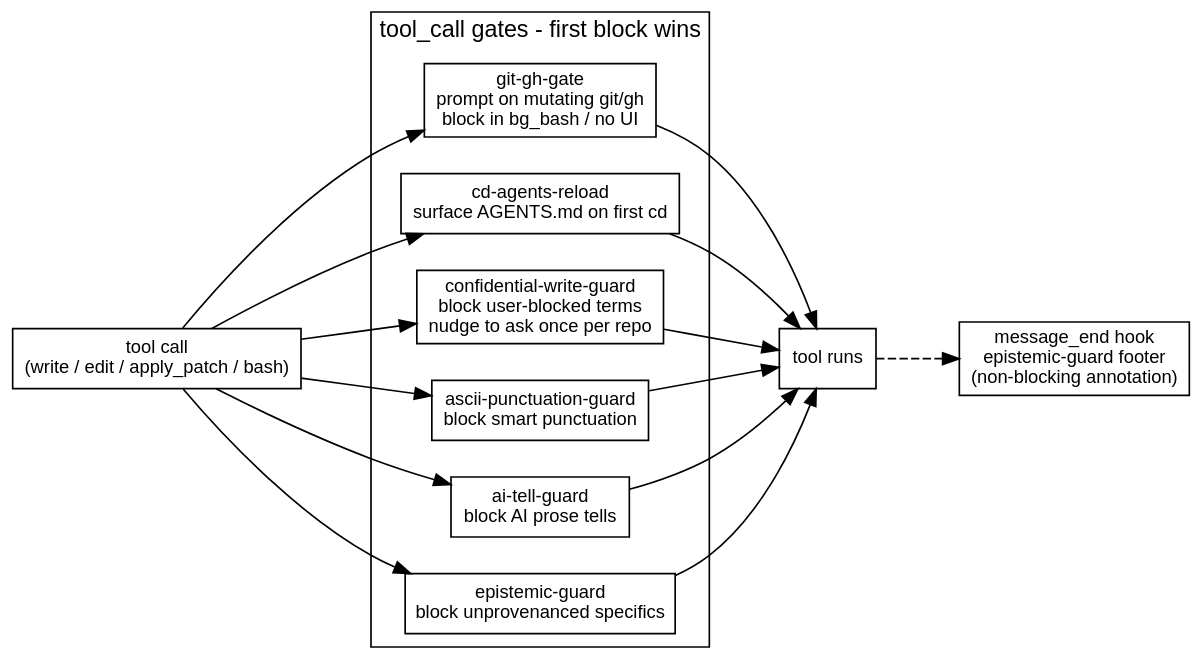
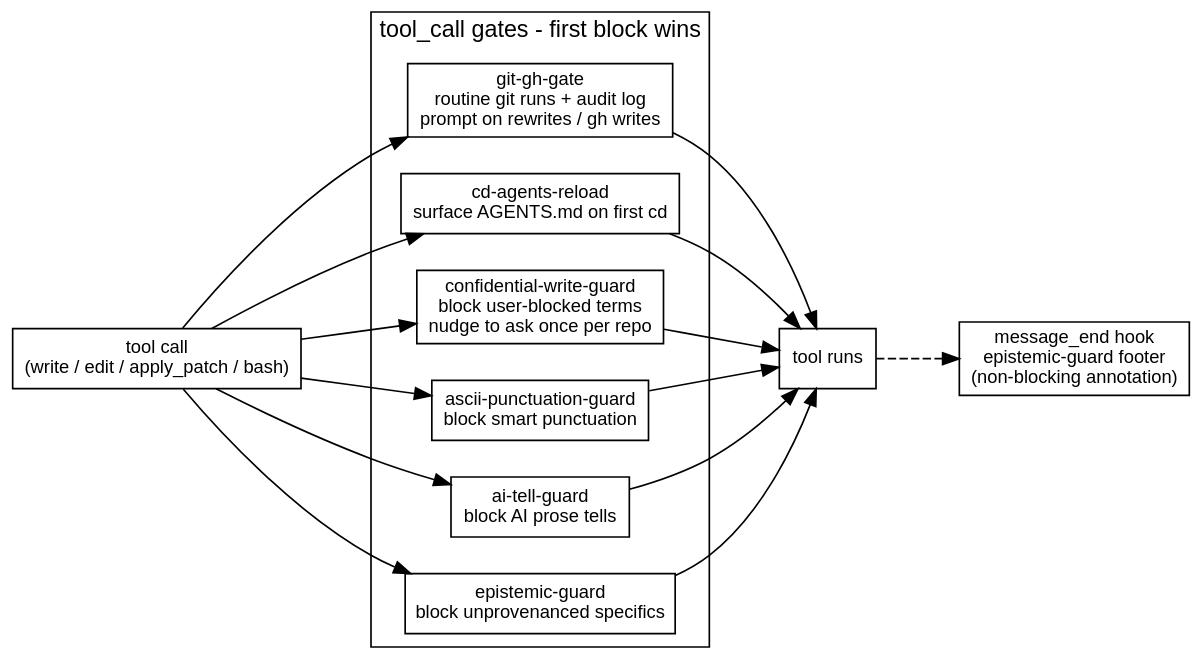
One commit to erfianugrah/lexicanum changed the diagram in src/content/docs/reference/agent-guard-extensions.mdx. Above: the diagram before and after it, drawn with Graphviz. The commit also changed other lines of this file, not shown here.

First line of the commit message:
docs(agent-guard-extensions): git-gh-gate tiers, push-time scans, cd-agents-reload append

````diff
--- a/src/content/docs/reference/agent-guard-extensions.mdx
+++ b/src/content/docs/reference/agent-guard-extensions.mdx
@@ -57,27 +58,27 @@
 ```dot
 digraph {
   rankdir=LR; bgcolor="transparent"; nodesep=0.3; ranksep=0.7;
   fontname="Helvetica,Arial,sans-serif";
   node [fontname="Helvetica,Arial,sans-serif", fontsize=11, shape=box];
   edge [fontname="Helvetica,Arial,sans-serif", fontsize=9];
 
   call [label="tool call\n(write / edit / apply_patch / bash)"];
   subgraph cluster_guards {
     label="tool_call gates - first block wins";
-    gitgh [label="git-gh-gate\nprompt on mutating git/gh\nblock in bg_bash / no UI"];
+    gitgh [label="git-gh-gate\nroutine git runs + audit log\nprompt on rewrites / gh writes"];
     cdreload [label="cd-agents-reload\nsurface AGENTS.md on first cd"];
     confidential [label="confidential-write-guard\nblock user-blocked terms\nnudge to ask once per repo"];
     ascii [label="ascii-punctuation-guard\nblock smart punctuation"];
     aitell [label="ai-tell-guard\nblock AI prose tells"];
     epistemic [label="epistemic-guard\nblock unprovenanced specifics"];
   }
   run [label="tool runs"];
   msg [label="message_end hook\nepistemic-guard footer\n(non-blocking annotation)"];
 
   call -> gitgh; call -> cdreload; call -> confidential;
   call -> ascii; call -> aitell; call -> epistemic;
   gitgh -> run; cdreload -> run; confidential -> run;
   ascii -> run; aitell -> run; epistemic -> run;
   run -> msg [style=dashed];
 }
 ```
````
